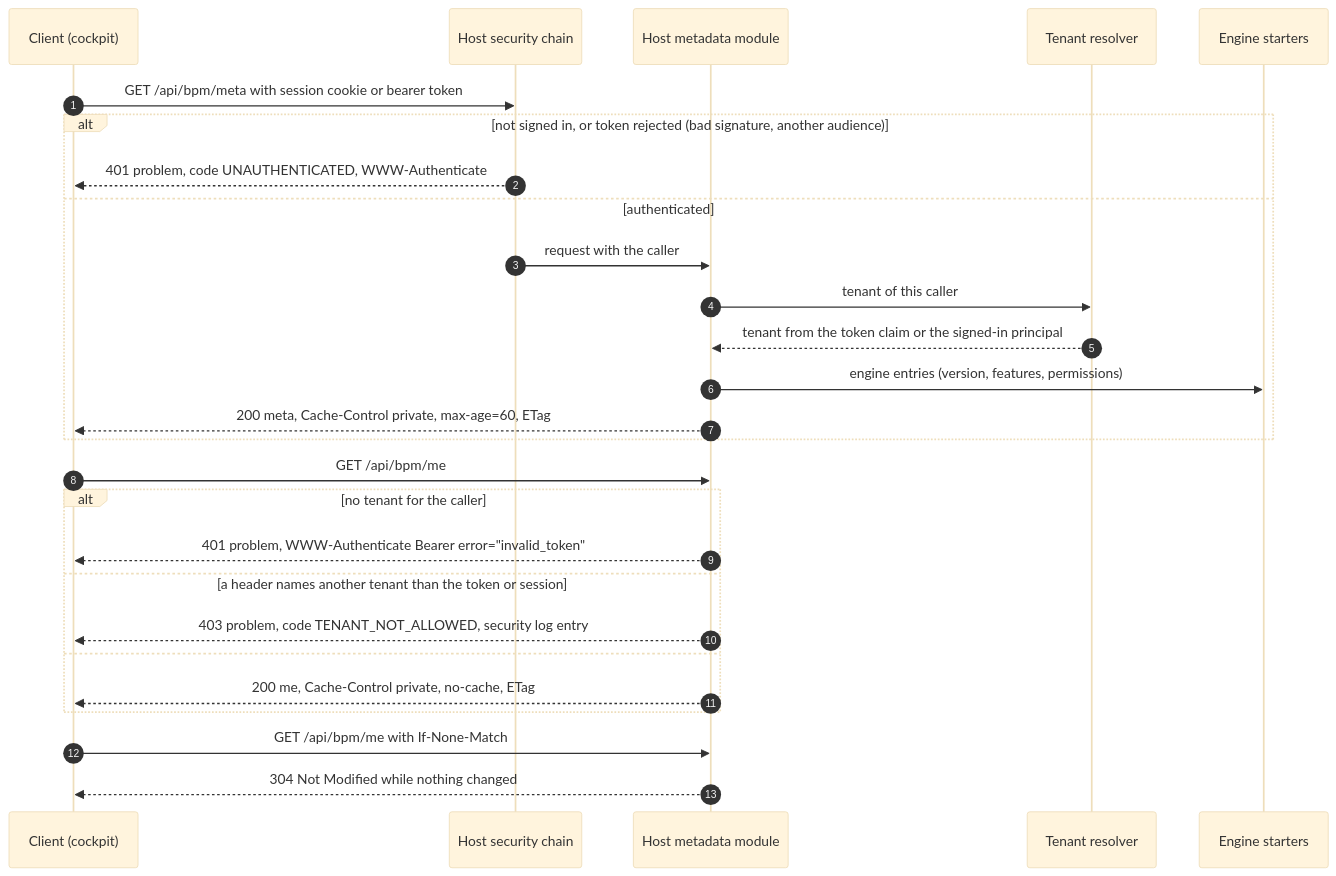
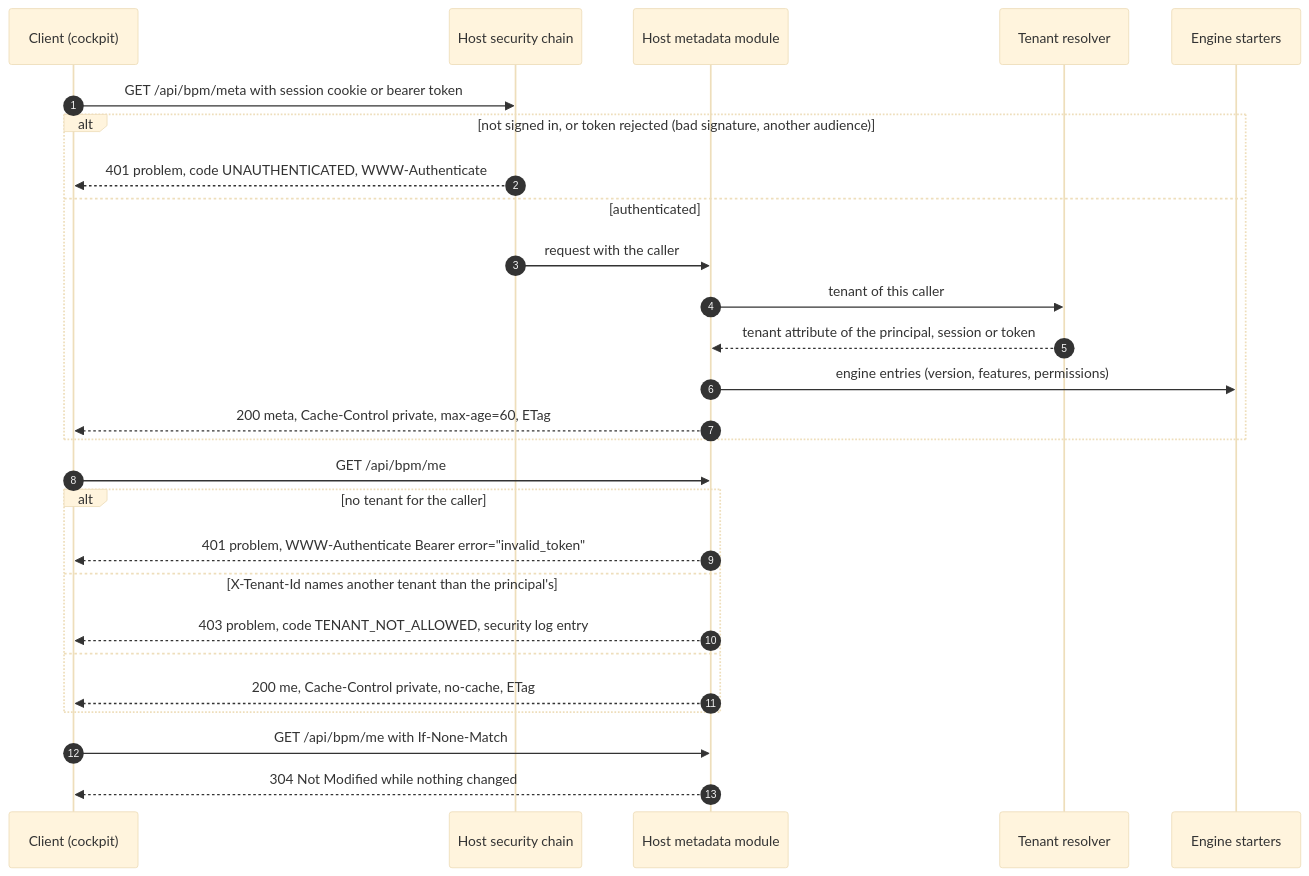
One commit to dhluong90/horus-Agentic-BPM changed the diagram in wiki/Host-Metadata-and-Permissions.md. Above: the diagram before and after it, drawn with Mermaid (base theme). The commit also changed other lines of this file and 25 other files, not shown here.

First line of the commit message:
fix(platform): tenant only from the principal, no header resolver (PD-079) (#4)

````diff
--- a/wiki/Host-Metadata-and-Permissions.md
+++ b/wiki/Host-Metadata-and-Permissions.md
@@ -28,29 +28,29 @@
 ```mermaid
 sequenceDiagram
     autonumber
     participant C as Client (cockpit)
     participant S as Host security chain
     participant M as Host metadata module
     participant R as Tenant resolver
     participant E as Engine starters
     C->>S: GET /api/bpm/meta with session cookie or bearer token
     alt not signed in, or token rejected (bad signature, another audience)
         S-->>C: 401 problem, code UNAUTHENTICATED, WWW-Authenticate
     else authenticated
         S->>M: request with the caller
         M->>R: tenant of this caller
-        R-->>M: tenant from the token claim or the signed-in principal
+        R-->>M: tenant attribute of the principal, session or token
         M->>E: engine entries (version, features, permissions)
         M-->>C: 200 meta, Cache-Control private, max-age=60, ETag
     end
     C->>M: GET /api/bpm/me
     alt no tenant for the caller
         M-->>C: 401 problem, WWW-Authenticate Bearer error="invalid_token"
-    else a header names another tenant than the token or session
+    else X-Tenant-Id names another tenant than the principal's
         M-->>C: 403 problem, code TENANT_NOT_ALLOWED, security log entry
     else
         M-->>C: 200 me, Cache-Control private, no-cache, ETag
     end
     C->>M: GET /api/bpm/me with If-None-Match
     M-->>C: 304 Not Modified while nothing changed
 ```
````
